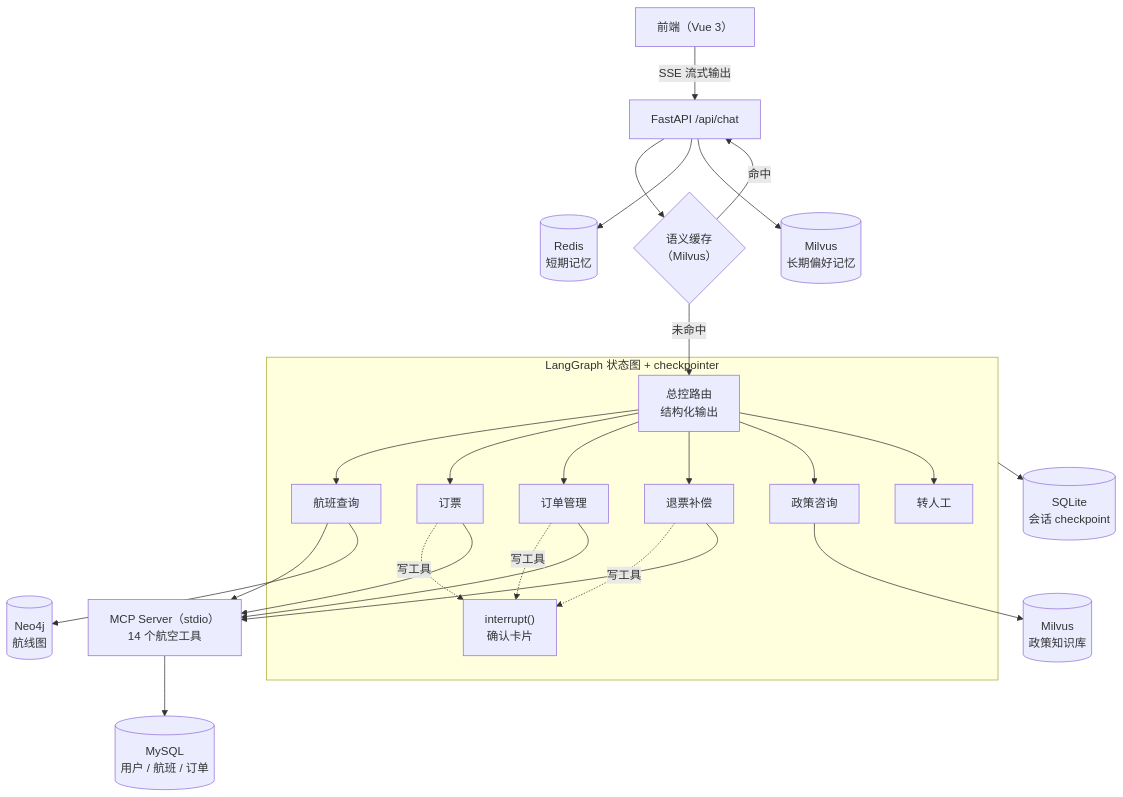
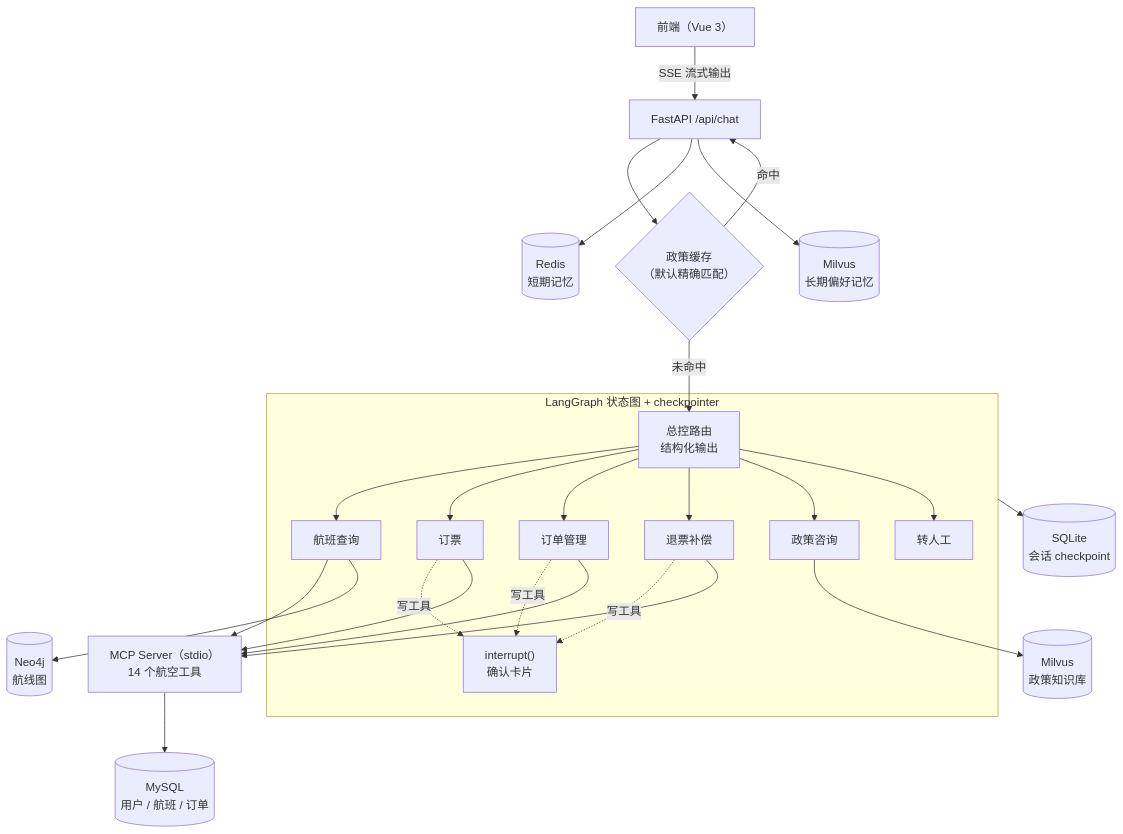
One commit to qingyg086/wingdesk changed the diagram in README.zh-CN.md. Above: the diagram before and after it, drawn with Mermaid. The commit also changed other lines of this file and 19 other files, not shown here.

````diff
--- a/README.zh-CN.md
+++ b/README.zh-CN.md
@@ -38,26 +38,26 @@
 ```mermaid
 flowchart TB
     U["前端（Vue 3）"] -- "SSE 流式输出" --> API["FastAPI /api/chat"]
-    API --> SC{"语义缓存<br/>（Milvus）"}
+    API --> SC{"政策缓存<br/>（默认精确匹配）"}
     SC -- "命中" --> API
     SC -- "未命中" --> O
 
     subgraph G["LangGraph 状态图 + checkpointer"]
         O["总控路由<br/>结构化输出"]
         O --> FS["航班查询"]
         O --> BK["订票"]
         O --> RS["订单管理"]
         O --> CR["退票补偿"]
         O --> PO["政策咨询"]
         O --> HH["转人工"]
         BK & RS & CR -. "写工具" .-> HITL["interrupt()<br/>确认卡片"]
     end
 
     FS & BK & RS & CR --> MCP["MCP Server（stdio）<br/>14 个航空工具"]
     MCP --> MY[("MySQL<br/>用户 / 航班 / 订单")]
     FS --> NEO[("Neo4j<br/>航线图")]
     PO --> MVP[("Milvus<br/>政策知识库")]
     API --> RD[("Redis<br/>短期记忆")]
     API --> MVL[("Milvus<br/>长期偏好记忆")]
     G --> SQ[("SQLite<br/>会话 checkpoint")]
 ```
````
